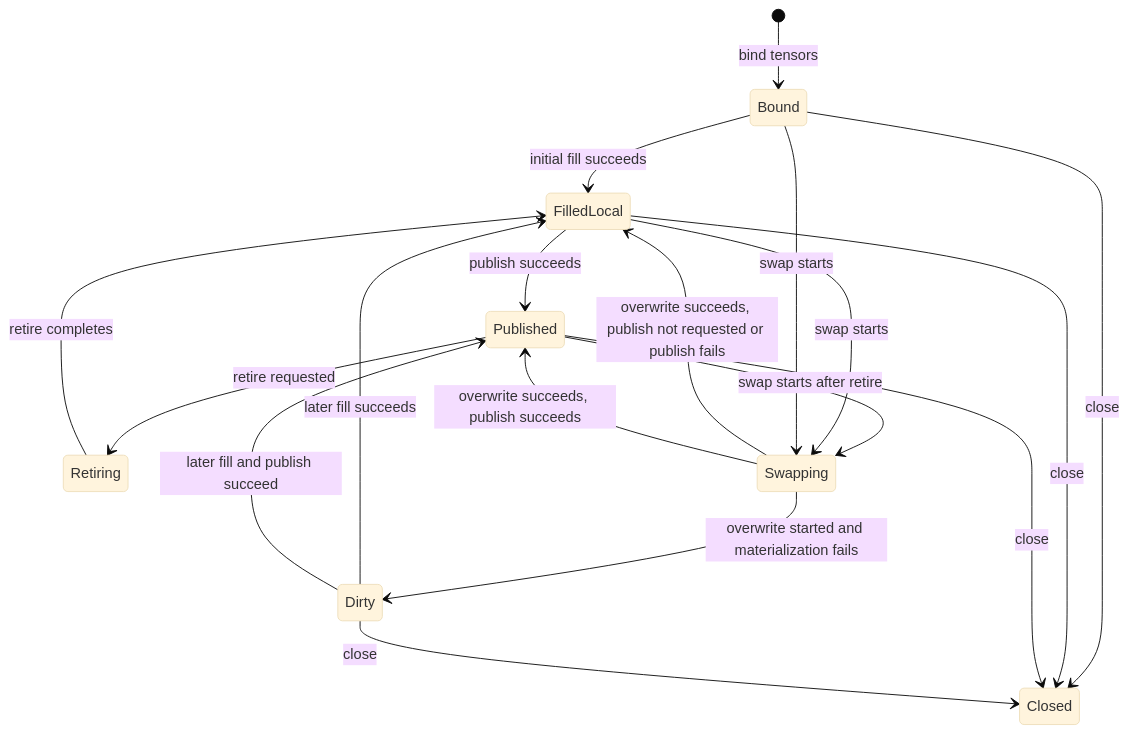
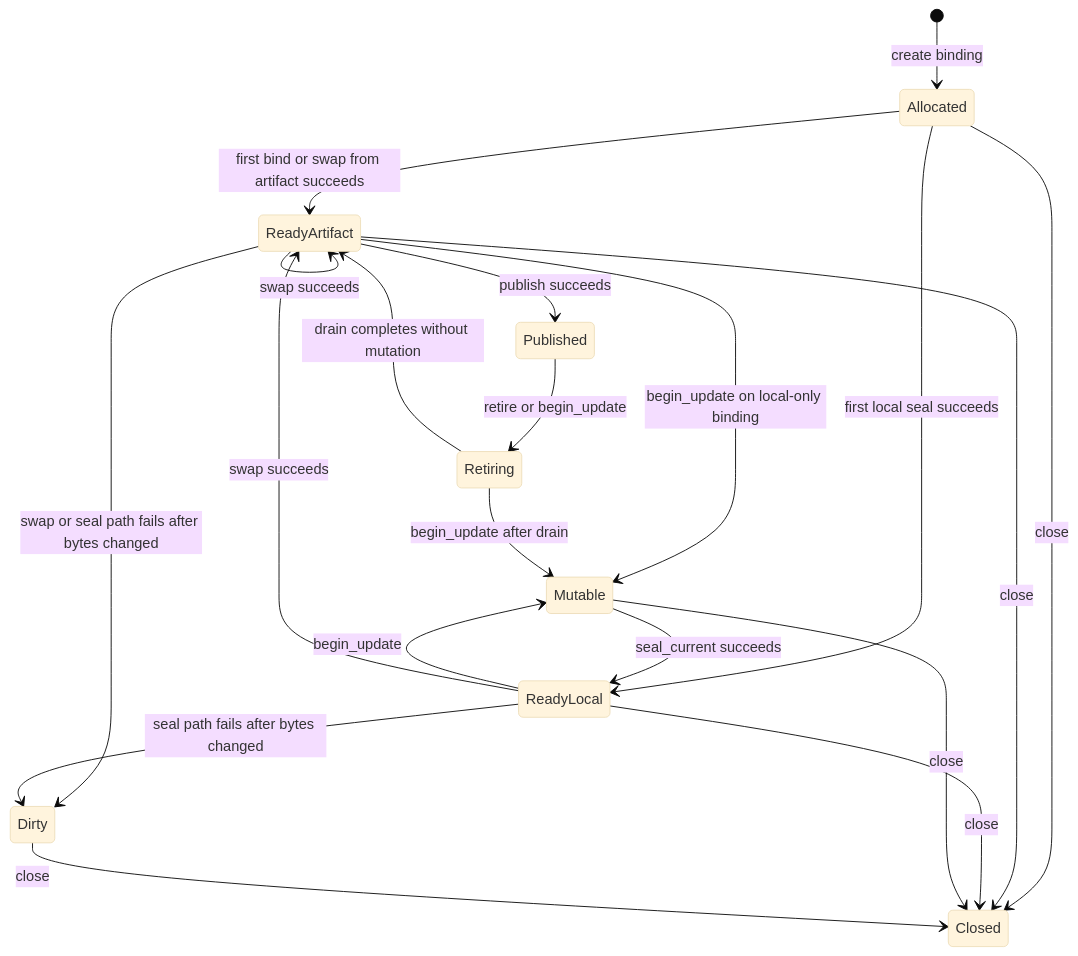
One commit to tensorcast-ai/tensorcast changed the diagram in docs/designs/0084-binding-unified-model-and-contract.md. Above: the diagram before and after it, drawn with Mermaid (base theme). The commit also changed other lines of this file and 4 other files, not shown here.

````diff
--- a/docs/designs/0084-binding-unified-model-and-contract.md
+++ b/docs/designs/0084-binding-unified-model-and-contract.md
@@ -316,20 +521,22 @@
 ```mermaid
 stateDiagram-v2
-  [*] --> Bound: bind tensors
-  Bound --> FilledLocal: initial fill succeeds
-  FilledLocal --> Published: publish succeeds
-  Published --> Retiring: retire requested
-  Retiring --> FilledLocal: retire completes
-  Published --> Swapping: swap starts after retire
-  FilledLocal --> Swapping: swap starts
-  Bound --> Swapping: swap starts
-  Swapping --> FilledLocal: overwrite succeeds, publish not requested or publish fails
-  Swapping --> Published: overwrite succeeds, publish succeeds
-  Swapping --> Dirty: overwrite started and materialization fails
-  Dirty --> FilledLocal: later fill succeeds
-  Dirty --> Published: later fill and publish succeed
-  Bound --> Closed: close
-  FilledLocal --> Closed: close
-  Published --> Closed: close
+  [*] --> Allocated: create binding
+  Allocated --> ReadyArtifact: first bind or swap from artifact succeeds
+  Allocated --> ReadyLocal: first local seal succeeds
+  ReadyArtifact --> Published: publish succeeds
+  Published --> Retiring: retire or begin_update
+  Retiring --> ReadyArtifact: drain completes without mutation
+  ReadyArtifact --> Mutable: begin_update on local-only binding
+  ReadyLocal --> Mutable: begin_update
+  Retiring --> Mutable: begin_update after drain
+  Mutable --> ReadyLocal: seal_current succeeds
+  ReadyArtifact --> ReadyArtifact: swap succeeds
+  ReadyLocal --> ReadyArtifact: swap succeeds
+  ReadyArtifact --> Dirty: swap or seal path fails after bytes changed
+  ReadyLocal --> Dirty: seal path fails after bytes changed
+  Allocated --> Closed: close
+  ReadyArtifact --> Closed: close
+  ReadyLocal --> Closed: close
+  Mutable --> Closed: close
   Dirty --> Closed: close
 ```
````
